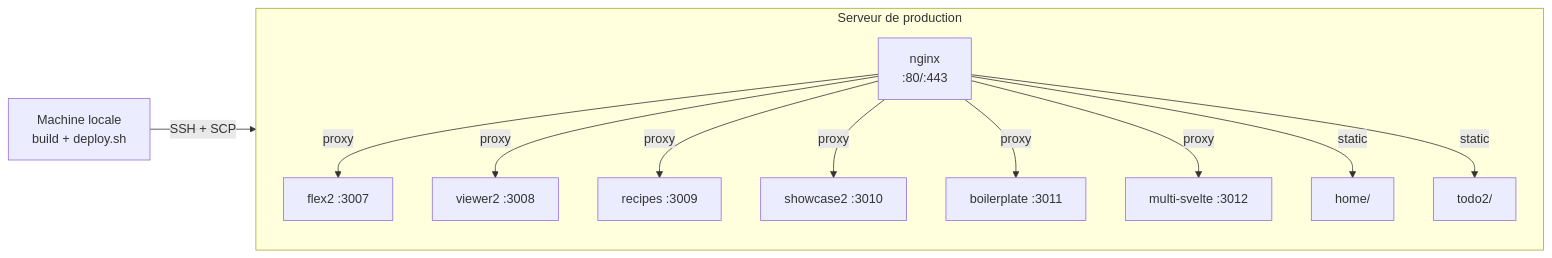
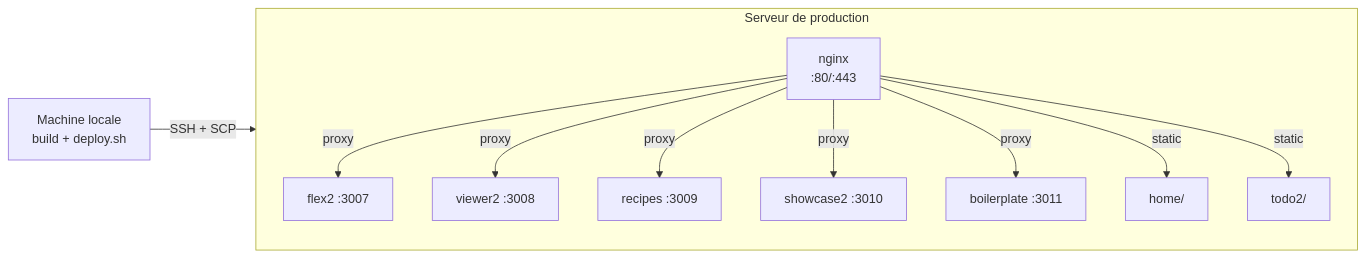
The first of 2 diagrams in docs-site/src/content/docs/guide/deploy.mdx (jeanbaptiste/webmcp-auto-ui), drawn with Mermaid before and after one commit. The commit also changed other lines of this file and 54 other files, not shown here.

First line of the commit message:
chore: remove multi-svelte and mobile apps

````diff
--- a/docs-site/src/content/docs/guide/deploy.mdx
+++ b/docs-site/src/content/docs/guide/deploy.mdx
@@ -23,15 +23,14 @@
 ```mermaid
 graph LR
     DEV[Machine locale<br/>build + deploy.sh] -->|SSH + SCP| SERVER[demo.hyperskills.net]
 
     subgraph SERVER["Serveur de production"]
         NGINX[nginx<br/>:80/:443] -->|proxy| FLEX[flex2 :3007]
         NGINX -->|proxy| VIEWER[viewer2 :3008]
         NGINX -->|proxy| RECIPES[recipes :3009]
         NGINX -->|proxy| SHOWCASE[showcase2 :3010]
         NGINX -->|proxy| BOILER[boilerplate :3011]
-        NGINX -->|proxy| MULTI[multi-svelte :3012]
         NGINX -->|static| HOME[home/]
         NGINX -->|static| TODO[todo2/]
     end
 ```
````
